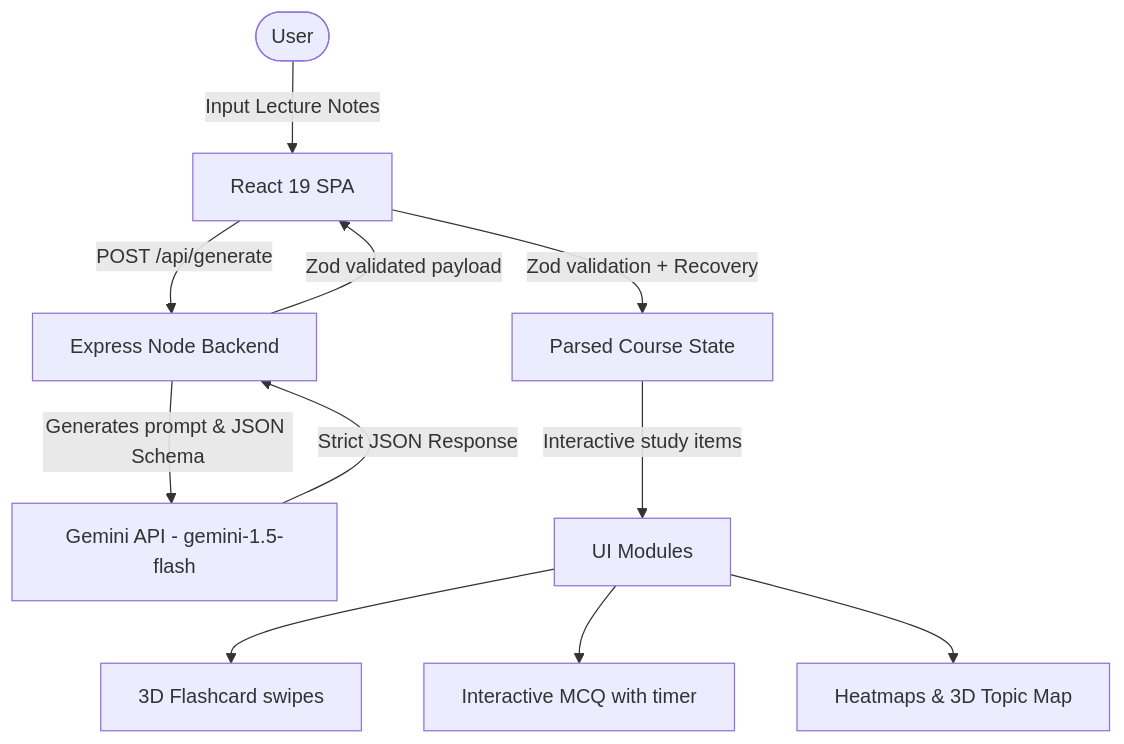
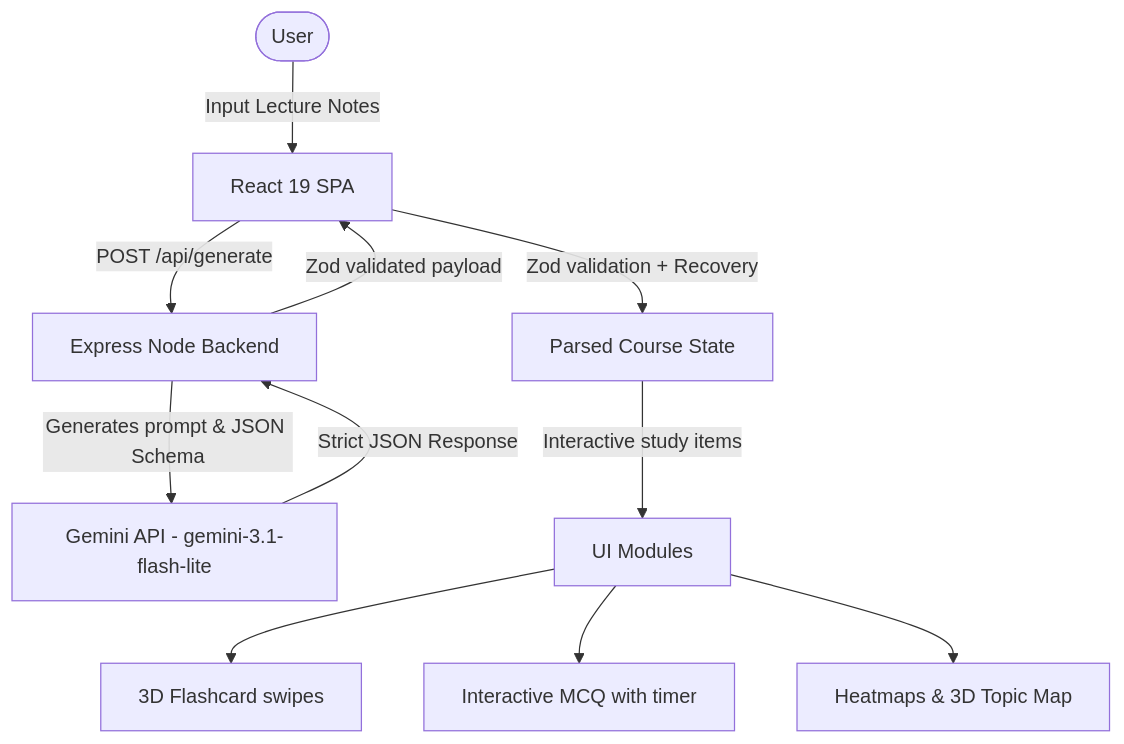
The diagram in README.md (bhavyabajpai02/Study-Assistant-), drawn with Mermaid before and after one commit. The commit also changed other lines of this file, not shown here.

Commit message:
Add live production demo link to README.md and update model

````diff
--- a/README.md
+++ b/README.md
@@ -11,13 +13,13 @@
 ```mermaid
 graph TD
     User([User]) -->|Input Lecture Notes| React[React 19 SPA]
     React -->|POST /api/generate| Express[Express Node Backend]
-    Express -->|Generates prompt & JSON Schema| Gemini[Gemini API - gemini-1.5-flash]
+    Express -->|Generates prompt & JSON Schema| Gemini[Gemini API - gemini-3.1-flash-lite]
     Gemini -->|Strict JSON Response| Express
     Express -->|Zod validated payload| React
     React -->|Zod validation + Recovery| ParsedObj[Parsed Course State]
     ParsedObj -->|Interactive study items| UI[UI Modules]
     UI --> Flashcards[3D Flashcard swipes]
     UI --> Quizzes[Interactive MCQ with timer]
     UI --> Analytics[Heatmaps & 3D Topic Map]
 ```
````
